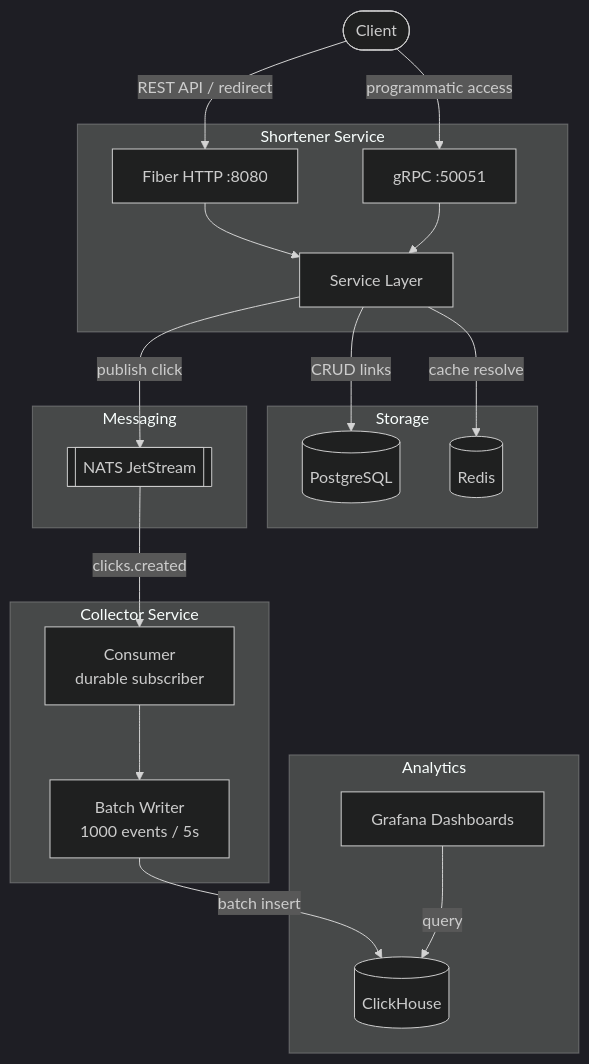
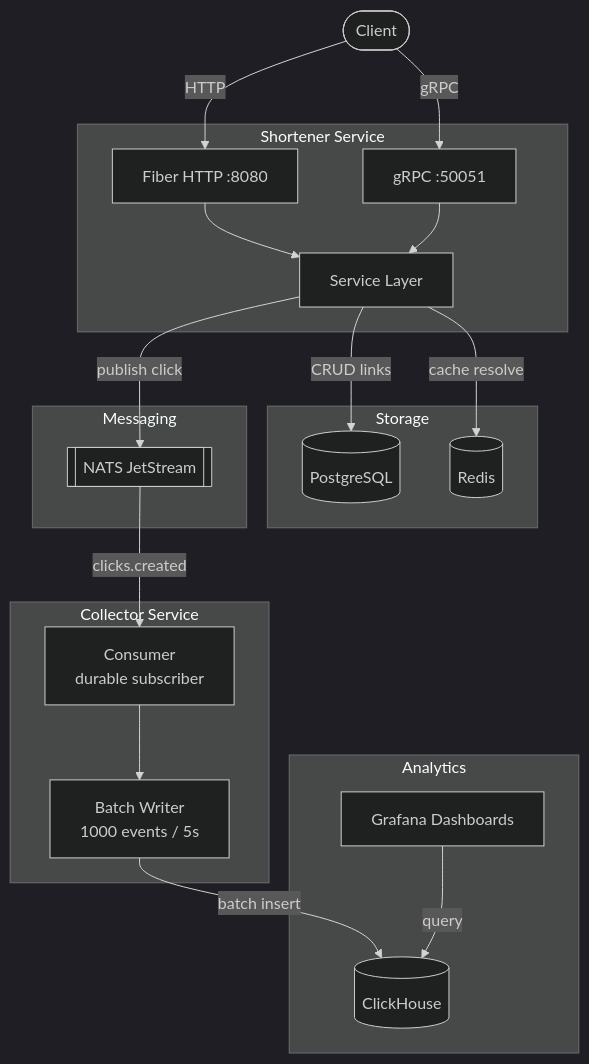
Before and after one commit to lander1x/snip: the first of 3 diagrams in README.md, drawn with Mermaid (dark theme).

Commit message:
Simplify diagram labels

````diff
--- a/README.md
+++ b/README.md
@@ -7,41 +7,41 @@
 ```mermaid
 graph TB
     Client([Client])
 
     subgraph Shortener Service
         HTTP[Fiber HTTP :8080]
         GRPC[gRPC :50051]
         SVC[Service Layer]
     end
 
     subgraph Storage
         PG[(PostgreSQL)]
         RD[(Redis)]
     end
 
     subgraph Messaging
         NATS[[NATS JetStream]]
     end
 
     subgraph Collector Service
         CON[Consumer<br/>durable subscriber]
         WR[Batch Writer<br/>1000 events / 5s]
     end
 
     subgraph Analytics
         CH[(ClickHouse)]
         GF[Grafana Dashboards]
     end
 
-    Client -->|REST API / redirect| HTTP
-    Client -->|programmatic access| GRPC
+    Client -->|HTTP| HTTP
+    Client -->|gRPC| GRPC
     HTTP --> SVC
     GRPC --> SVC
     SVC -->|CRUD links| PG
     SVC -->|cache resolve| RD
     SVC -->|publish click| NATS
     NATS -->|clicks.created| CON
     CON --> WR
     WR -->|batch insert| CH
     GF -->|query| CH
 ```
````
